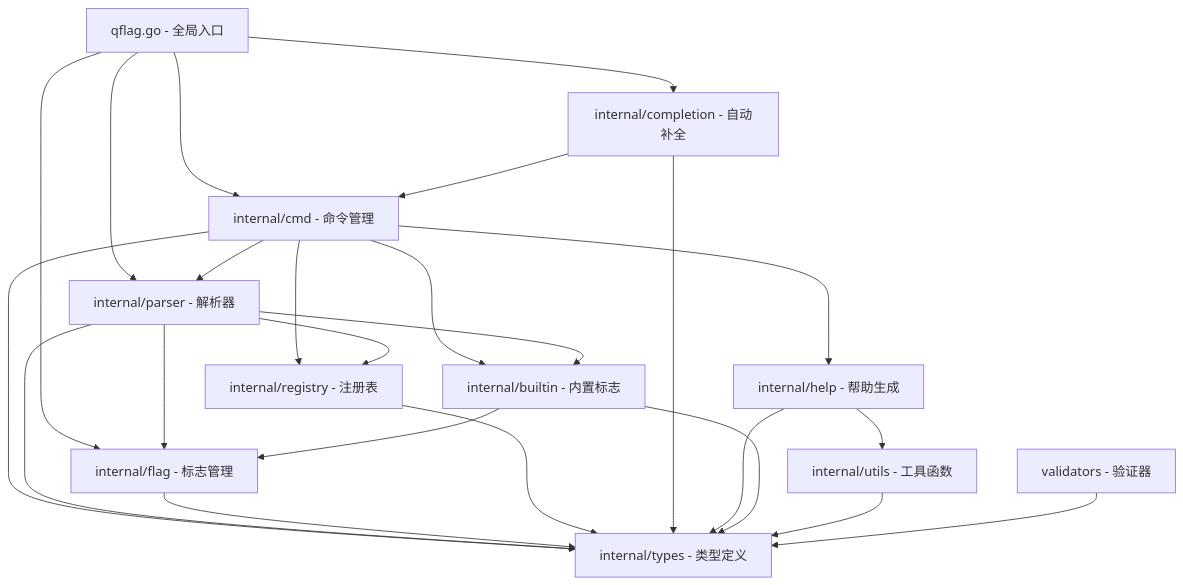
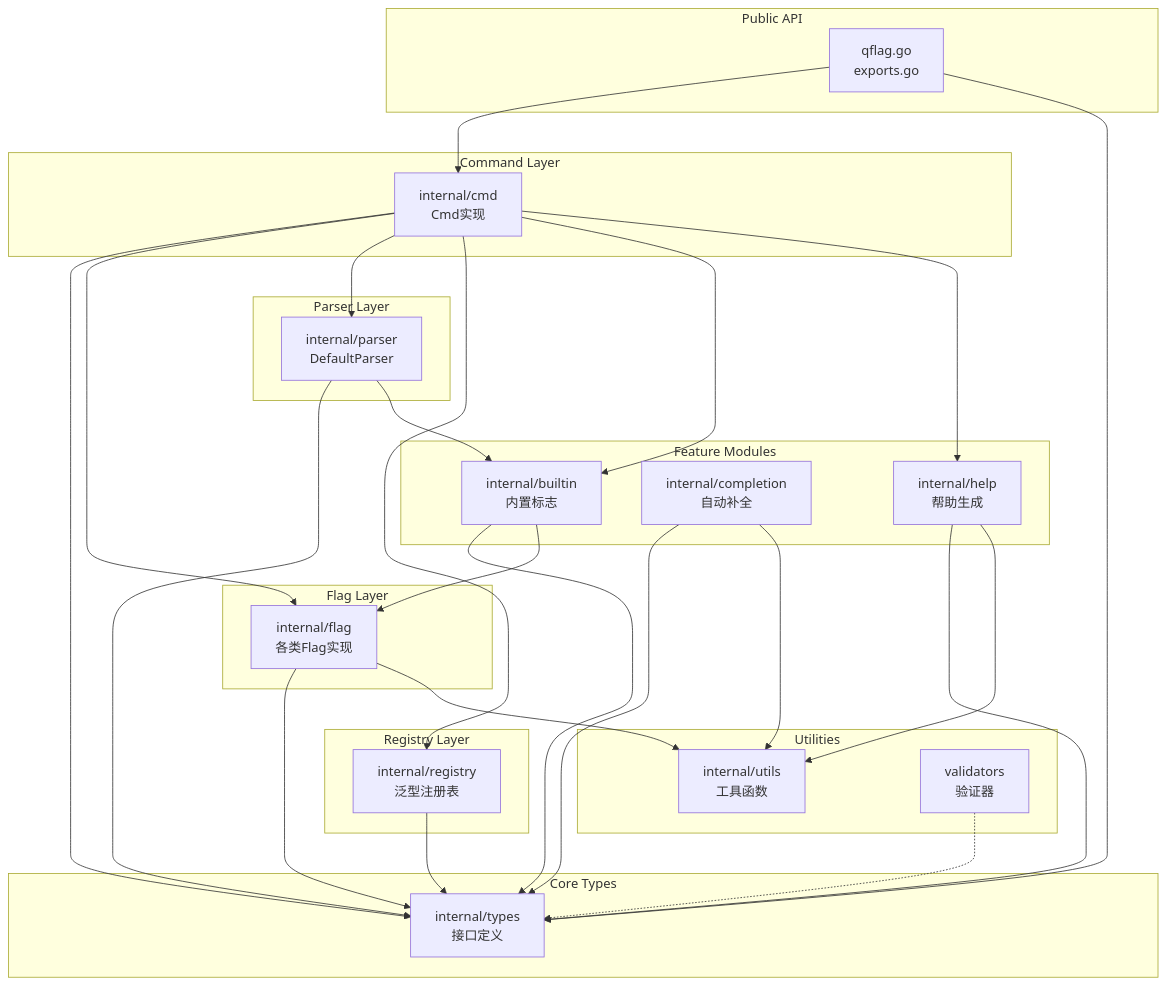
Before and after one commit to QiaoMuDe/qflag: the diagram in docs/qflag-analysis.md, drawn with Mermaid. The commit also changed other lines of this file and 7 other files, not shown here.

````diff
--- a/docs/qflag-analysis.md
+++ b/docs/qflag-analysis.md
@@ -420,35 +130,66 @@
 ```mermaid
-graph TD
-    A[qflag.go - 全局入口] --> B[internal/cmd - 命令管理]
-    A --> C[internal/parser - 解析器]
-    A --> D[internal/flag - 标志管理]
-    A --> E[internal/completion - 自动补全]
-    
-    B --> F[internal/types - 类型定义]
-    B --> G[internal/registry - 注册表]
-    B --> C
-    B --> H[internal/help - 帮助生成]
-    B --> I[internal/builtin - 内置标志]
-    
-    C --> F
-    C --> G
-    C --> I
-    C --> D
-    
-    D --> F
-    
-    G --> F
-    
-    E --> F
-    E --> B
-    
-    H --> F
-    H --> J[internal/utils - 工具函数]
-    
-    I --> D
-    I --> F
-    
-    J --> F
-    
-    K[validators - 验证器] --> F
+graph TB
+    subgraph "Public API"
+        QF[qflag.go<br/>exports.go]
+    end
+
+    subgraph "Core Types"
+        TP[internal/types<br/>接口定义]
+    end
+
+    subgraph "Command Layer"
+        CMD[internal/cmd<br/>Cmd实现]
+    end
+
+    subgraph "Flag Layer"
+        FLG[internal/flag<br/>各类Flag实现]
+    end
+
+    subgraph "Parser Layer"
+        PAR[internal/parser<br/>DefaultParser]
+    end
+
+    subgraph "Registry Layer"
+        REG[internal/registry<br/>泛型注册表]
+    end
+
+    subgraph "Feature Modules"
+        BLT[internal/builtin<br/>内置标志]
+        CMP[internal/completion<br/>自动补全]
+        HLP[internal/help<br/>帮助生成]
+    end
+
+    subgraph "Utilities"
+        UTL[internal/utils<br/>工具函数]
+        VAL[validators<br/>验证器]
+    end
+
+    QF --> CMD
+    QF --> TP
+
+    CMD --> TP
+    CMD --> FLG
+    CMD --> PAR
+    CMD --> REG
+    CMD --> BLT
+    CMD --> HLP
+
+    FLG --> TP
+    FLG --> UTL
+
+    PAR --> TP
+    PAR --> BLT
+
+    REG --> TP
+
+    BLT --> TP
+    BLT --> FLG
+
+    CMP --> TP
+    CMP --> UTL
+
+    HLP --> TP
+    HLP --> UTL
+
+    VAL -.-> TP
 ```
````
